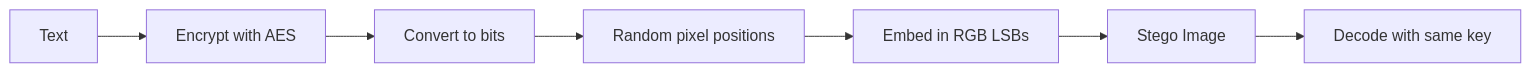
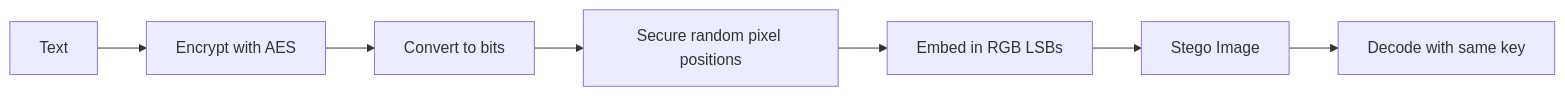
One commit to JulianApollo/secure-lsb-stego changed the diagram in README.md. Above: the diagram before and after it, drawn with Mermaid. The commit also changed other lines of this file, not shown here.

````diff
--- a/README.md
+++ b/README.md
@@ -89,9 +97,9 @@
 ```mermaid
 graph LR
     A[Text] --> B[Encrypt with AES]
     B --> C[Convert to bits]
-    C --> D[Random pixel positions]
+    C --> D[Secure random pixel positions]
     D --> E[Embed in RGB LSBs]
     E --> F[Stego Image]
     F --> G[Decode with same key]
 ```
````
